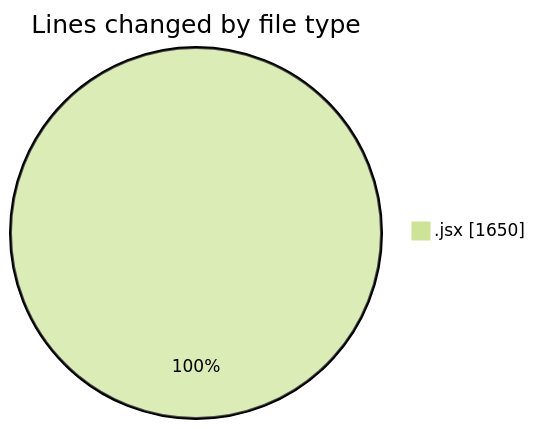
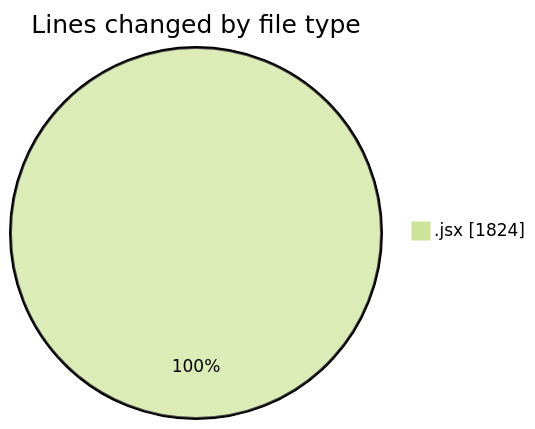
Before and after one commit to nxtqubesakshisongat/code-tracking: the first of 2 diagrams in 2025-05-07/nxtqube_webapp/README.md, drawn with Mermaid (forest theme). The commit also changed other lines of this file and 1 other file, not shown here.

````diff
--- a/2025-05-07/nxtqube_webapp/README.md
+++ b/2025-05-07/nxtqube_webapp/README.md
@@ -20,5 +20,5 @@
 ```mermaid
 pie showData
 title Lines changed by file type
-".jsx" : 1650
+".jsx" : 1824
 ```
````
